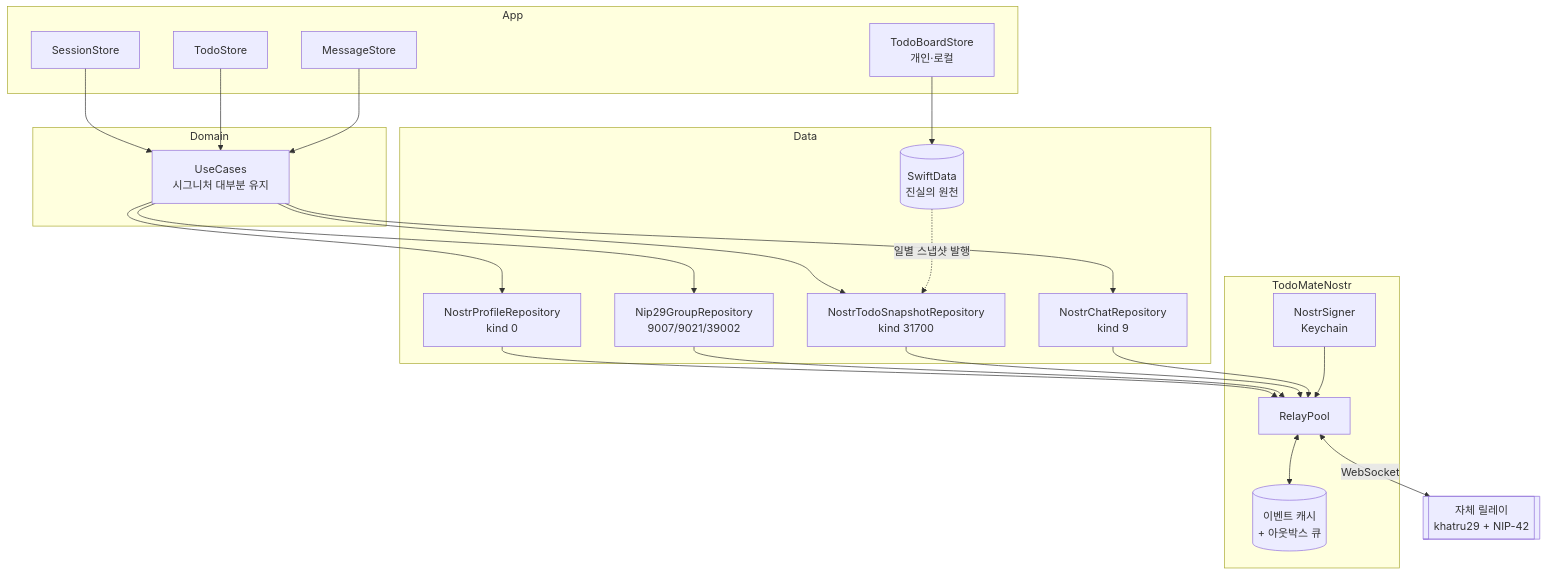
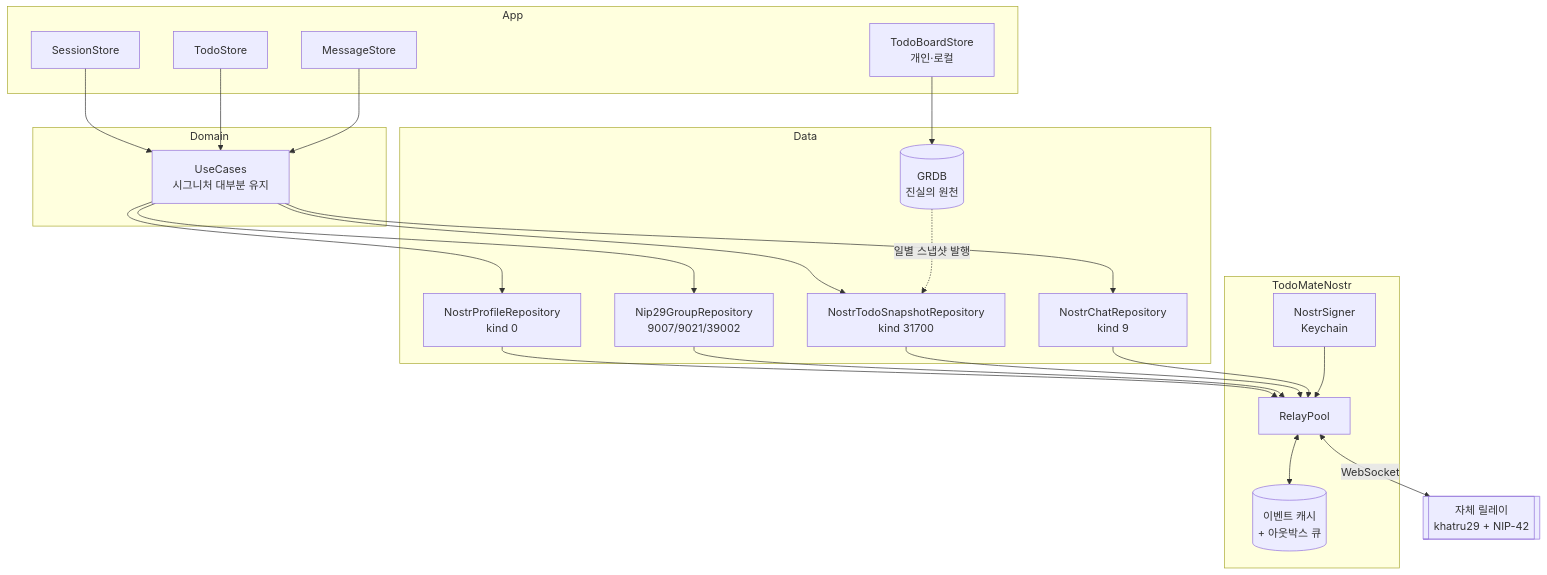
One commit to hot666666/TodoMate changed the third of 4 diagrams in docs/nostr/02-architecture.md. Above: the diagram before and after it, drawn with Mermaid. The commit also changed other lines of this file and 23 other files, not shown here.

````diff
--- a/docs/nostr/02-architecture.md
+++ b/docs/nostr/02-architecture.md
@@ -305,34 +317,34 @@
 ```mermaid
 graph TD
     subgraph App
         Session[SessionStore]
         TStore[TodoStore]
         MStore[MessageStore]
         Board[TodoBoardStore<br/>개인·로컬]
     end
     subgraph Domain
         UC[UseCases<br/>시그니처 대부분 유지]
     end
     subgraph Data
         NProf[NostrProfileRepository<br/>kind 0]
         NGroup[Nip29GroupRepository<br/>9007/9021/39002]
         NTodo[NostrTodoSnapshotRepository<br/>kind 31700]
         NChat[NostrChatRepository<br/>kind 9]
-        SD[(SwiftData<br/>진실의 원천)]
+        SD[(GRDB<br/>진실의 원천)]
     end
     subgraph Nostr["TodoMateNostr"]
         Pool[RelayPool]
         Signer[NostrSigner<br/>Keychain]
         Cache[(이벤트 캐시<br/>+ 아웃박스 큐)]
     end
     Relay[["자체 릴레이<br/>khatru29 + NIP-42"]]
 
     Session --> UC --> NProf & NGroup & NTodo & NChat
     Board --> SD
     SD -. "일별 스냅샷 발행" .-> NTodo
     NProf & NGroup & NTodo & NChat --> Pool
     Pool <--> Cache
     Signer --> Pool
     Pool <-->|WebSocket| Relay
     TStore & MStore --> UC
 ```
````
